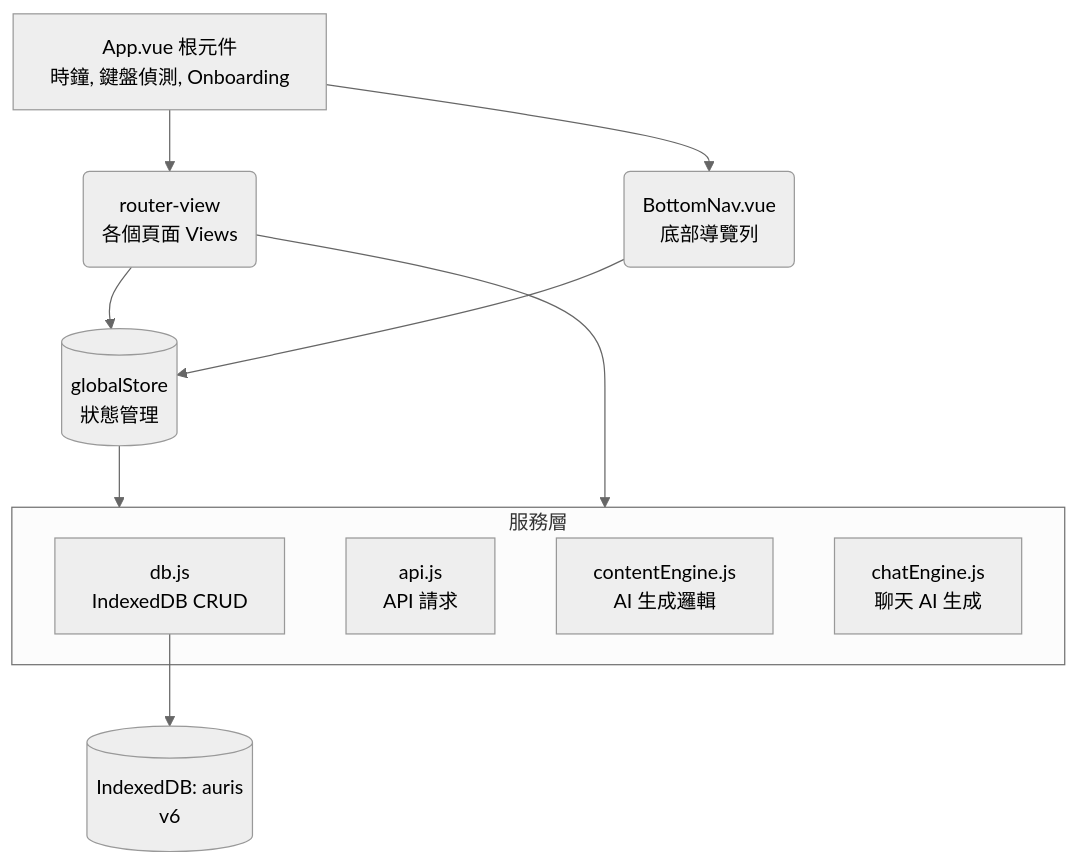
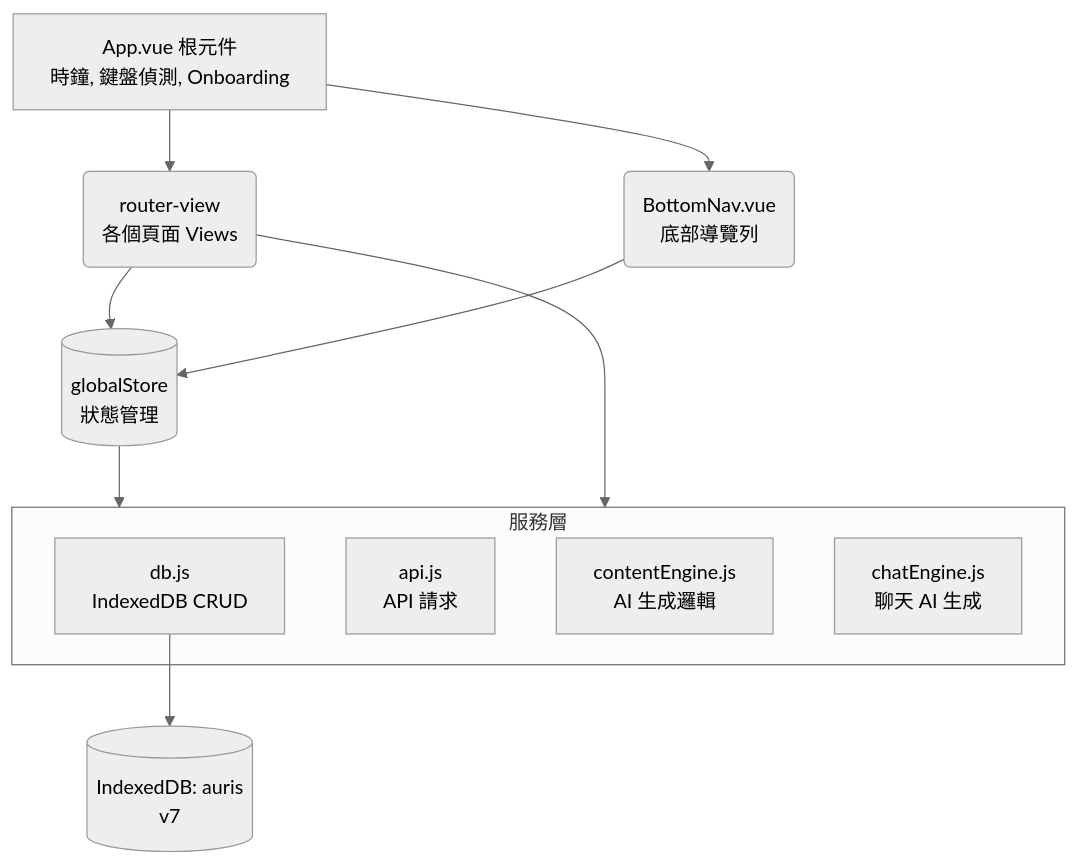
Before and after one commit to Sabine630/auris-app: the diagram in auris-vue/ARCHITECTURE.md, drawn with Mermaid (neutral theme). The commit also changed other lines of this file and 5 other files, not shown here.

````diff
--- a/auris-vue/ARCHITECTURE.md
+++ b/auris-vue/ARCHITECTURE.md
@@ -27,18 +27,18 @@
 ```mermaid
 graph TD
     App[App.vue 根元件<br/>時鐘, 鍵盤偵測, Onboarding] --> RouterView(router-view<br/>各個頁面 Views)
     App --> BottomNav(BottomNav.vue<br/>底部導覽列)
     RouterView --> GlobalStore[(globalStore<br/>狀態管理)]
     BottomNav --> GlobalStore
     GlobalStore --> Services[Services 服務層]
     RouterView --> Services
     
     subgraph Services [服務層]
         DB[db.js<br/>IndexedDB CRUD]
         API[api.js<br/>API 請求]
         CE[contentEngine.js<br/>AI 生成邏輯]
         Chat[chatEngine.js<br/>聊天 AI 生成]
     end
     
-    DB --> IndexedDB[(IndexedDB: auris<br/>v6)]
+    DB --> IndexedDB[(IndexedDB: auris<br/>v7)]
 ```
````
